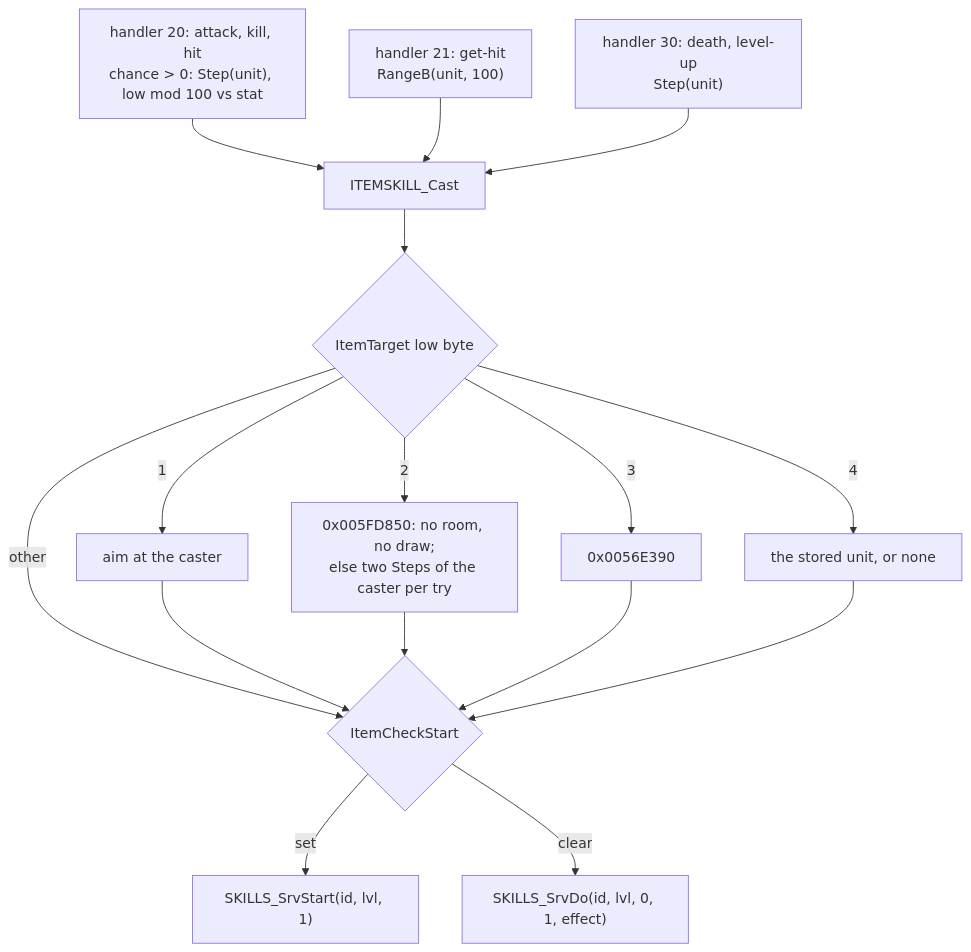
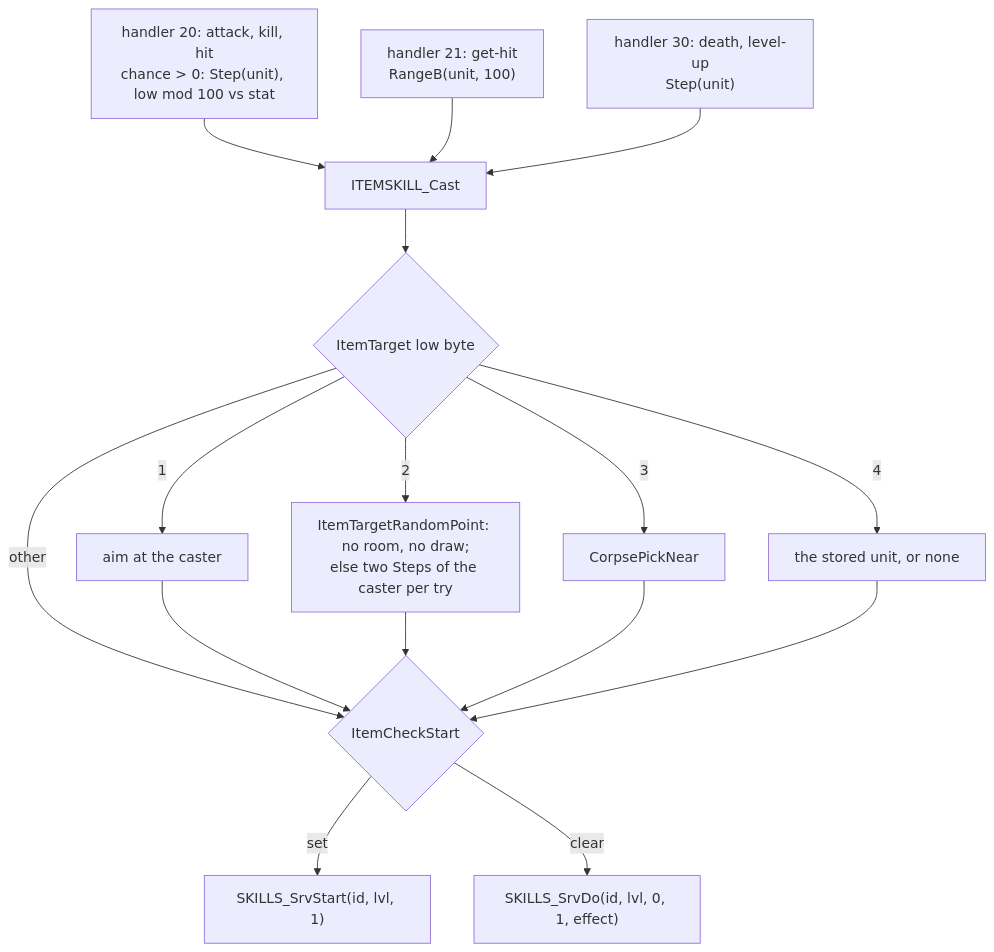
The fifth of 6 diagrams in docs/specs/skills/catalogue.md (IgorKonovalov/diablo-2-recompilation), drawn with Mermaid before and after one commit. The commit also changed other lines of this file and 32 other files, not shown here.

````diff
--- a/docs/specs/skills/catalogue.md
+++ b/docs/specs/skills/catalogue.md
@@ -1012,18 +1013,18 @@
 ```mermaid
 flowchart TD
   h20["handler 20: attack, kill, hit<br/>chance > 0: Step(unit), low mod 100 vs stat"] --> cast["ITEMSKILL_Cast"]
   h21["handler 21: get-hit<br/>RangeB(unit, 100)"] --> cast
   h30["handler 30: death, level-up<br/>Step(unit)"] --> cast
   cast --> tg{"ItemTarget low byte"}
   tg -->|1| self["aim at the caster"]
-  tg -->|2| rp["0x005FD850: no room, no draw;<br/>else two Steps of the caster per try"]
-  tg -->|3| corpse["0x0056E390"]
+  tg -->|2| rp["ItemTargetRandomPoint: no room, no draw;<br/>else two Steps of the caster per try"]
+  tg -->|3| corpse["CorpsePickNear"]
   tg -->|4| kept["the stored unit, or none"]
   tg -->|other| sv
   self --> sv{"ItemCheckStart"}
   rp --> sv
   corpse --> sv
   kept --> sv
   sv -->|set| ss["SKILLS_SrvStart(id, lvl, 1)"]
   sv -->|clear| sd["SKILLS_SrvDo(id, lvl, 0, 1, effect)"]
 ```
````
